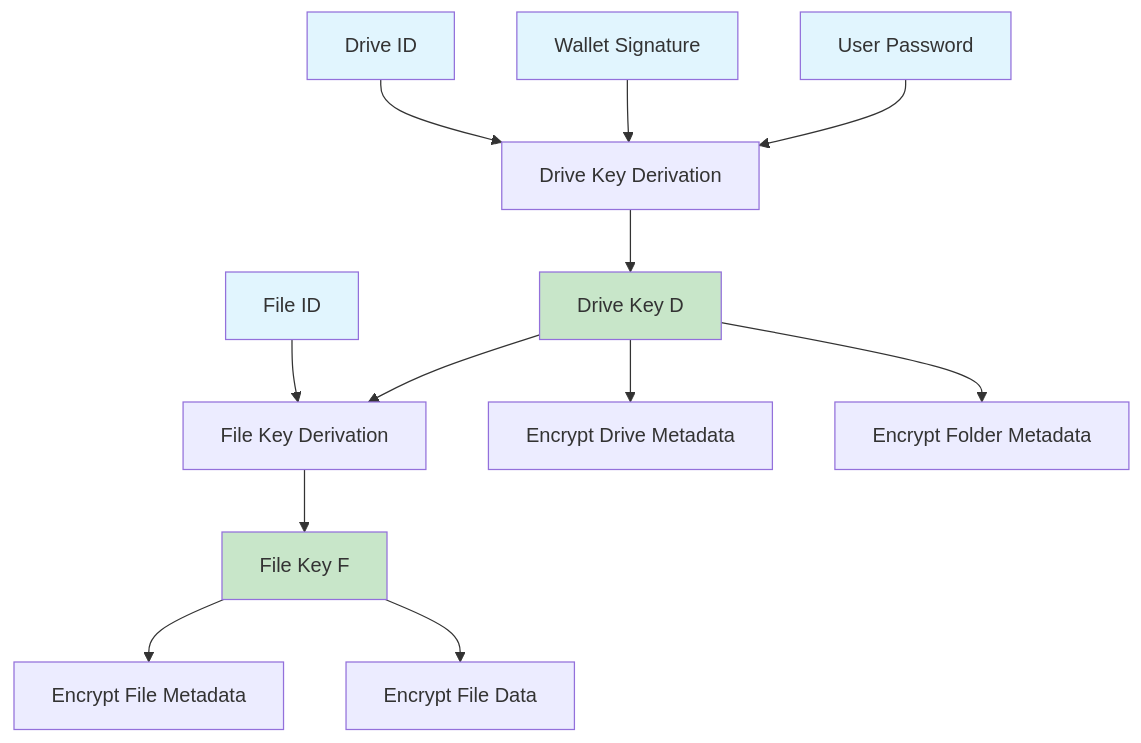
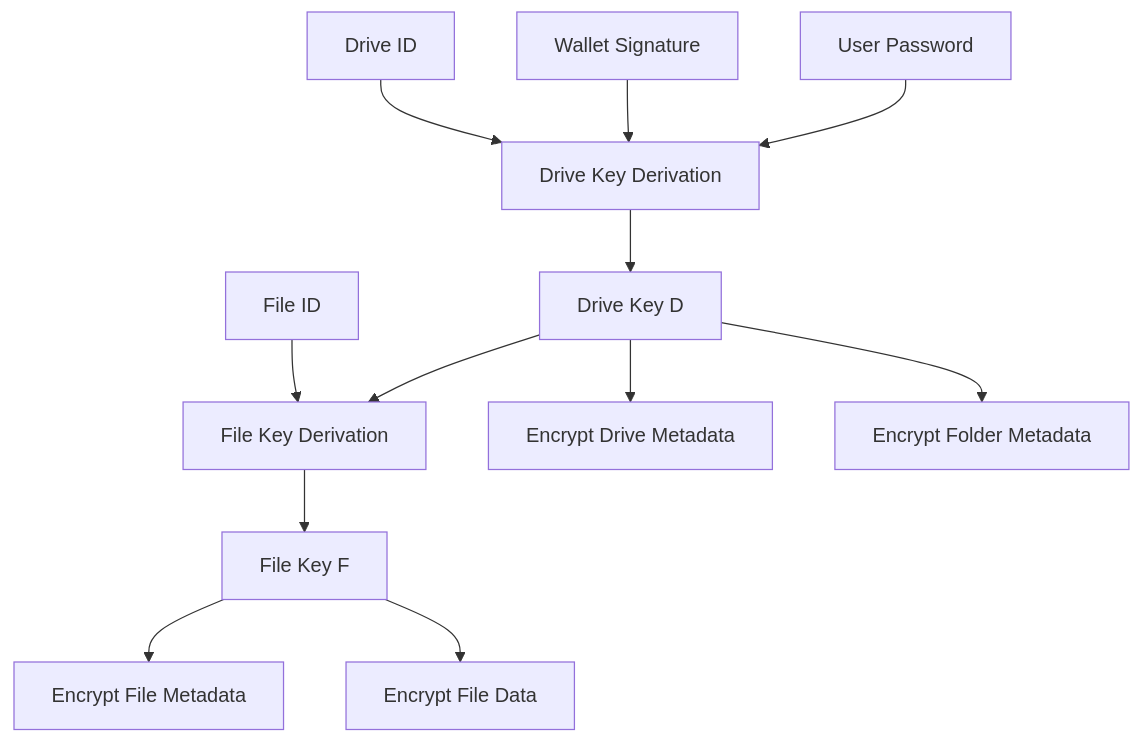
The first of 3 diagrams in content/build/advanced/arfs/privacy.mdx (ar-io/docs), drawn with Mermaid before and after one commit. The commit also changed other lines of this file and 9 other files, not shown here.

First line of the commit message:
feat(docs): legible, on-brand diagrams

````diff
--- a/content/build/advanced/arfs/privacy.mdx
+++ b/content/build/advanced/arfs/privacy.mdx
@@ -24,22 +24,22 @@
 ```mermaid
 graph TD
     A[User Password] --> B[Drive Key Derivation]
     C[Wallet Signature] --> B
     D[Drive ID] --> B
     B --> E[Drive Key D]
     E --> F[File Key Derivation]
     G[File ID] --> F
     F --> H[File Key F]
 
     E --> I[Encrypt Drive Metadata]
     E --> J[Encrypt Folder Metadata]
     H --> K[Encrypt File Metadata]
     H --> L[Encrypt File Data]
 
-    style A fill:#e1f5fe
-    style C fill:#e1f5fe
-    style D fill:#e1f5fe
-    style G fill:#e1f5fe
-    style E fill:#c8e6c9
-    style H fill:#c8e6c9
+    class A dg-soft
+    class C dg-soft
+    class D dg-soft
+    class G dg-soft
+    class E dg-strong
+    class H dg-strong
 ```
````
